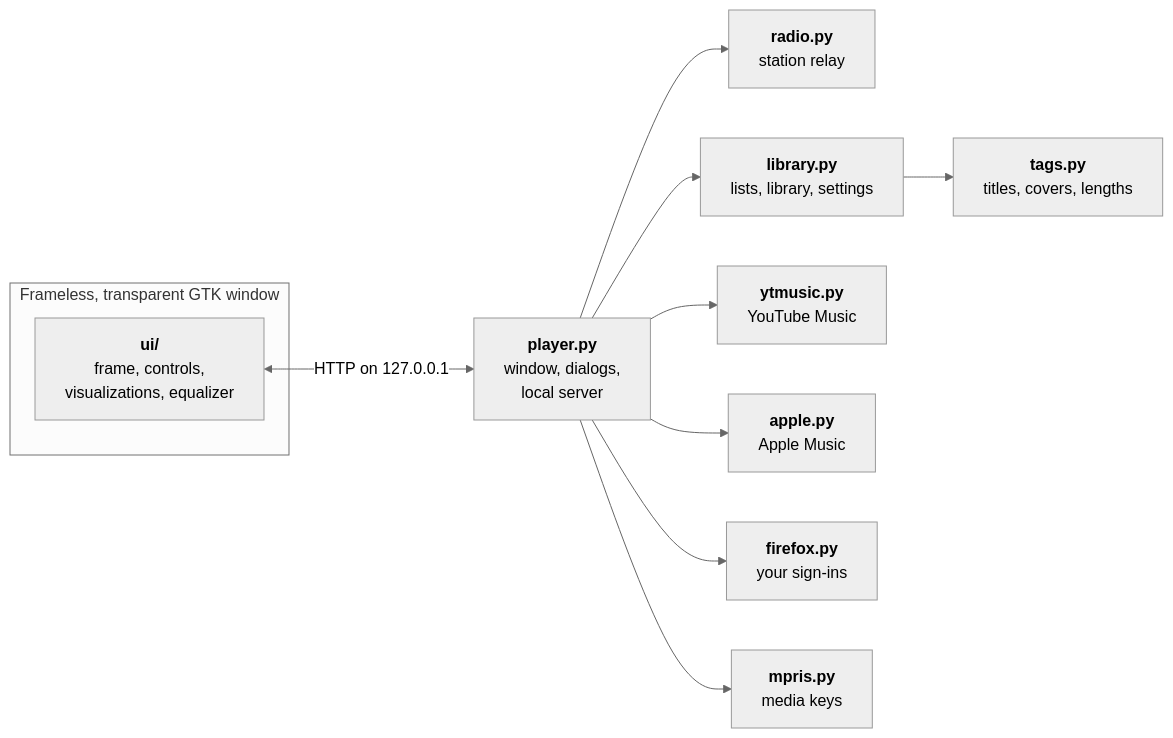
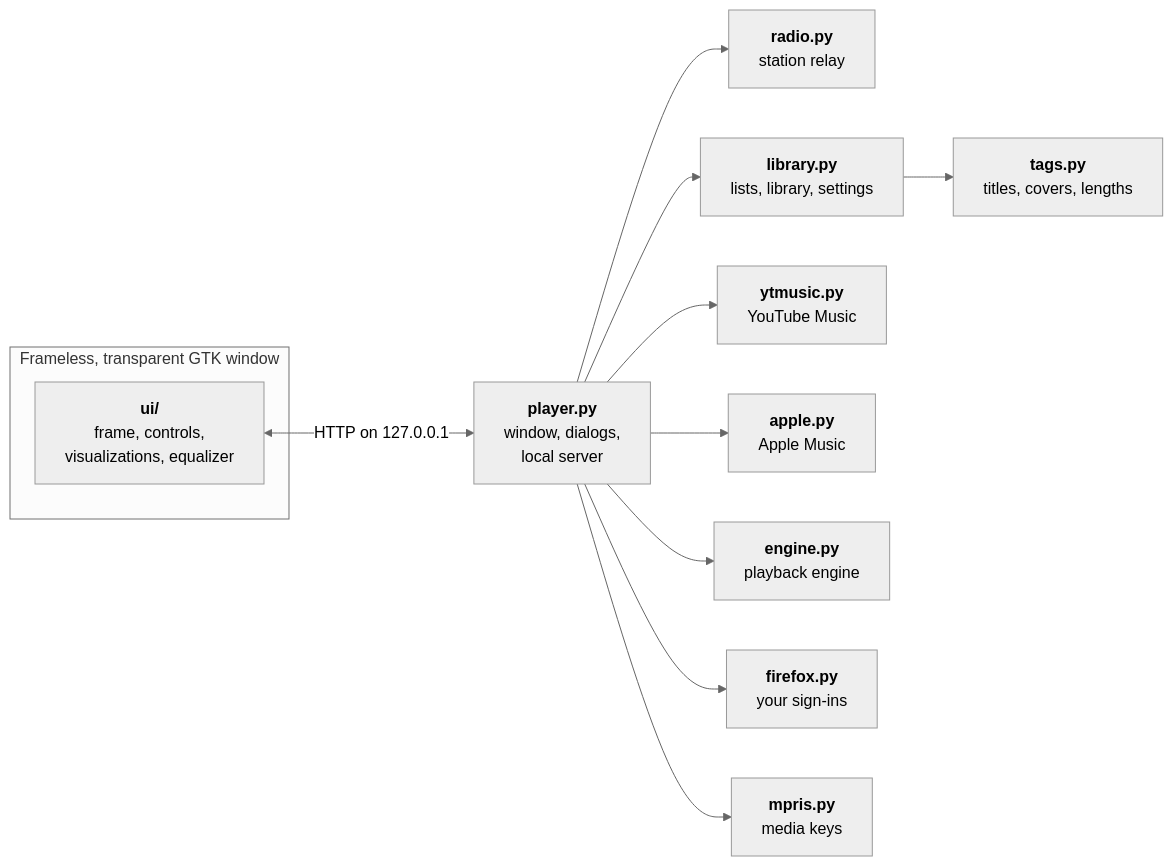
Before and after one commit to NahuelGenchi/ocean-mist: the first of 2 diagrams in README.md, drawn with Mermaid (neutral theme). The commit also changed other lines of this file and 1 other file, not shown here.

First line of the commit message:
docs: the playback engine in the README and AGENTS.md (#29)

````diff
--- a/README.md
+++ b/README.md
@@ -282,21 +289,23 @@
 ```mermaid
 flowchart LR
     subgraph window["Frameless, transparent GTK window"]
         page["<b>ui/</b><br/>frame, controls,<br/>visualizations, equalizer"]
     end
     host["<b>player.py</b><br/>window, dialogs,<br/>local server"]
     radio["<b>radio.py</b><br/>station relay"]
     library["<b>library.py</b><br/>lists, library, settings"]
     tags["<b>tags.py</b><br/>titles, covers, lengths"]
     ytmusic["<b>ytmusic.py</b><br/>YouTube Music"]
     apple["<b>apple.py</b><br/>Apple Music"]
+    engine["<b>engine.py</b><br/>playback engine"]
     firefox["<b>firefox.py</b><br/>your sign-ins"]
     mpris["<b>mpris.py</b><br/>media keys"]
     page <-->|"HTTP on 127.0.0.1"| host
     host --> radio
     host --> library --> tags
     host --> ytmusic
     host --> apple
+    host --> engine
     host --> firefox
     host --> mpris
 ```
````
